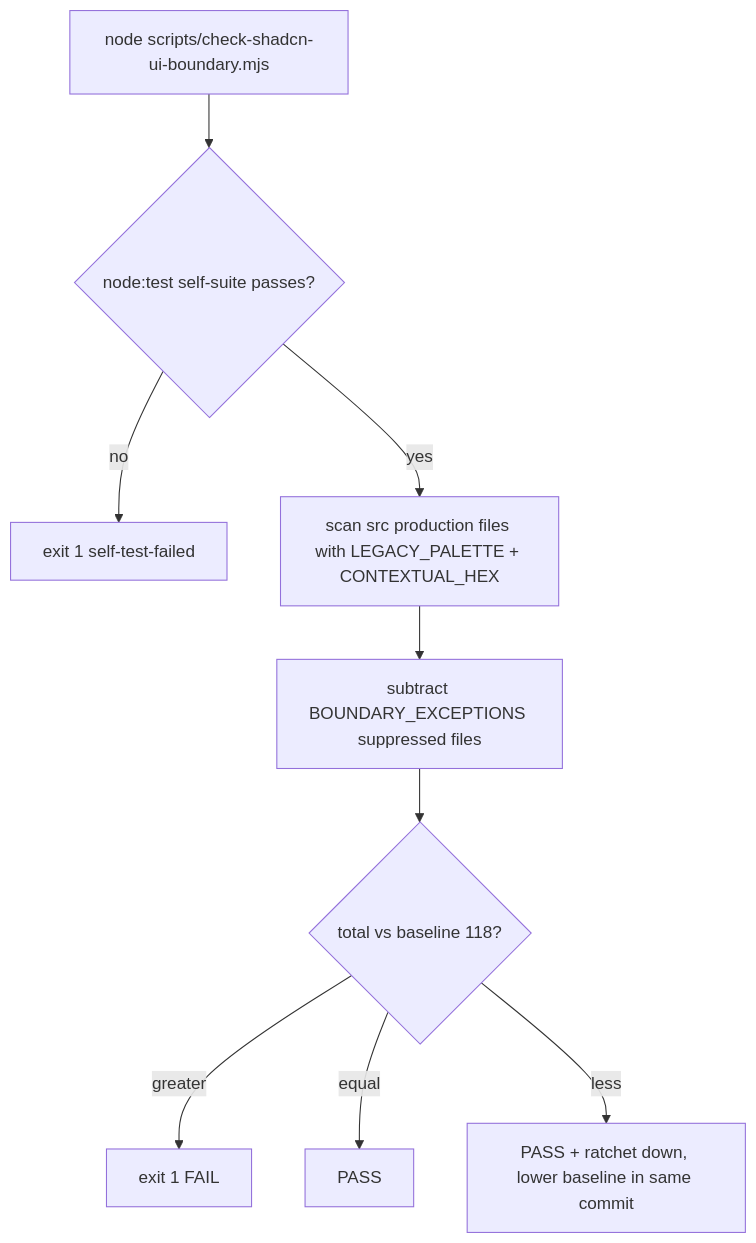
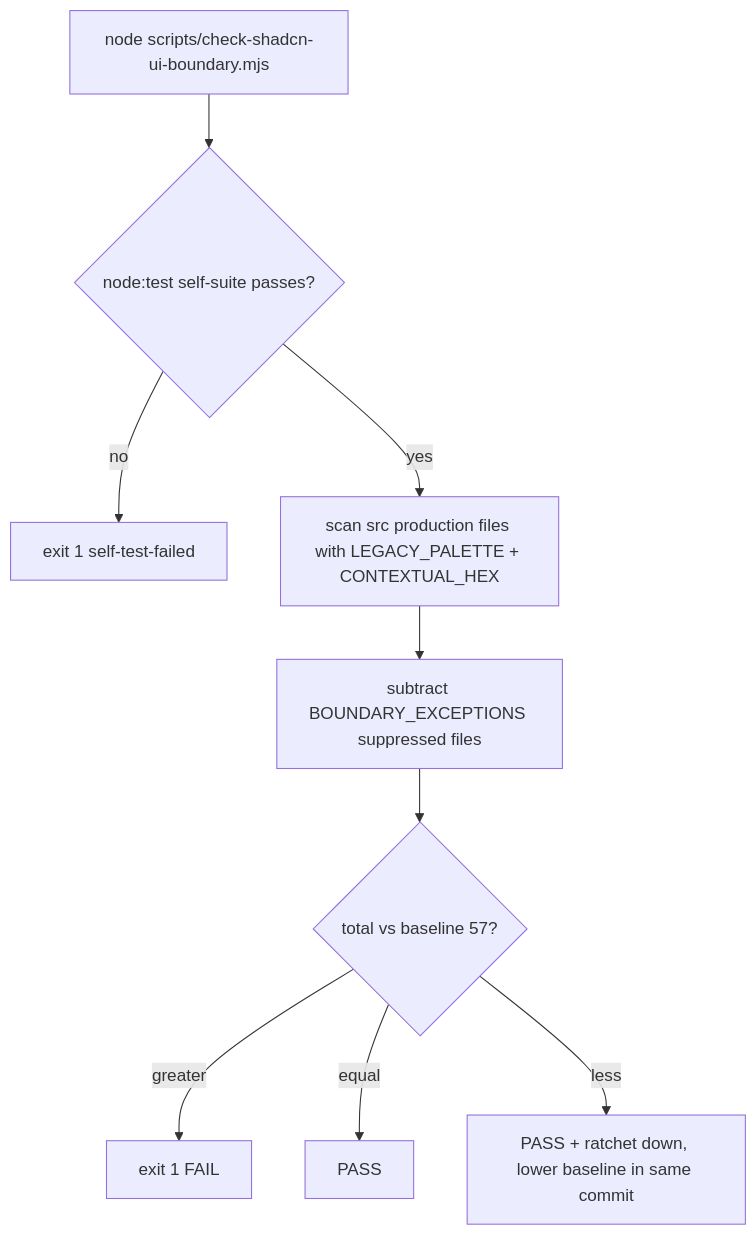
Before and after one commit to salacoste/wb-erp-system-daytona-FE: the diagram in openwiki/conventions-and-quality.md, drawn with Mermaid. The commit also changed other lines of this file and 17 other files, not shown here.

````diff
--- a/openwiki/conventions-and-quality.md
+++ b/openwiki/conventions-and-quality.md
@@ -232,11 +232,11 @@
 ```mermaid
 flowchart TD
     A["node scripts/check-shadcn-ui-boundary.mjs"] --> B{"node:test self-suite passes?"}
     B -- no --> F["exit 1 self-test-failed"]
     B -- yes --> C["scan src production files with LEGACY_PALETTE + CONTEXTUAL_HEX"]
     C --> D["subtract BOUNDARY_EXCEPTIONS suppressed files"]
-    D --> E{"total vs baseline 118?"}
+    D --> E{"total vs baseline 57?"}
     E -- greater --> G["exit 1 FAIL"]
     E -- equal --> H["PASS"]
     E -- less --> I["PASS + ratchet down, lower baseline in same commit"]
 ```
````
